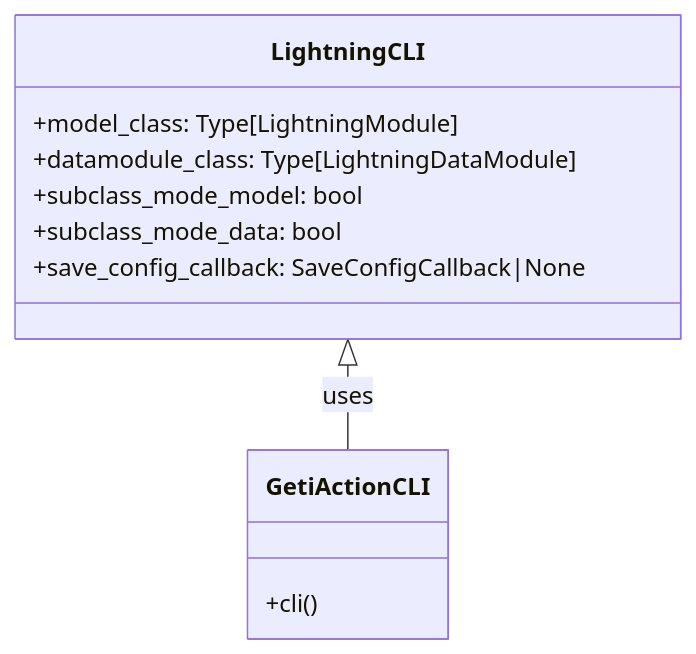
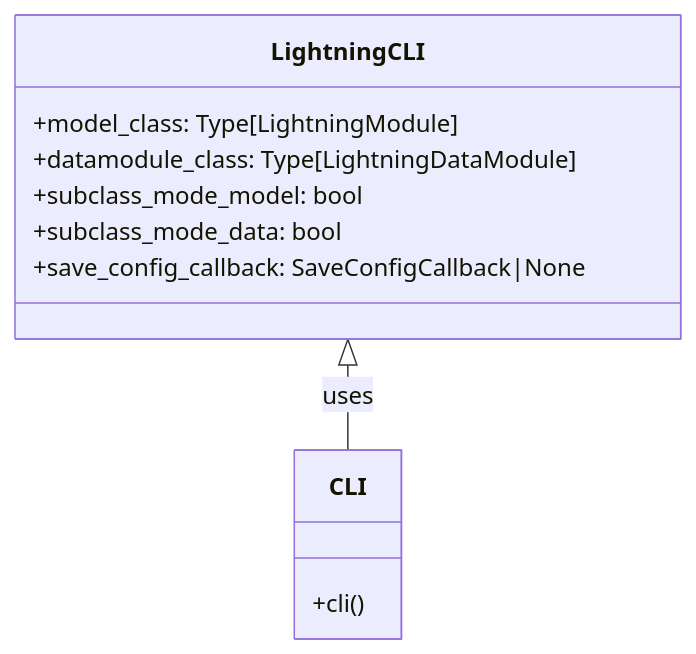
Before and after one commit to open-edge-platform/physical-ai-studio: the first of 2 diagrams in library/docs/explanation/cli/lightning_cli.md, drawn with Mermaid. The commit also changed other lines of this file and 305 other files, not shown here.

````diff
--- a/library/docs/explanation/cli/lightning_cli.md
+++ b/library/docs/explanation/cli/lightning_cli.md
@@ -9,16 +9,16 @@
 ```mermaid
 classDiagram
     class LightningCLI {
         +model_class: Type[LightningModule]
         +datamodule_class: Type[LightningDataModule]
         +subclass_mode_model: bool
         +subclass_mode_data: bool
         +save_config_callback: SaveConfigCallback|None
     }
 
-    class GetiActionCLI {
+    class CLI {
         +cli()
     }
 
-    LightningCLI <|-- GetiActionCLI : uses
+    LightningCLI <|-- CLI : uses
 ```
````
